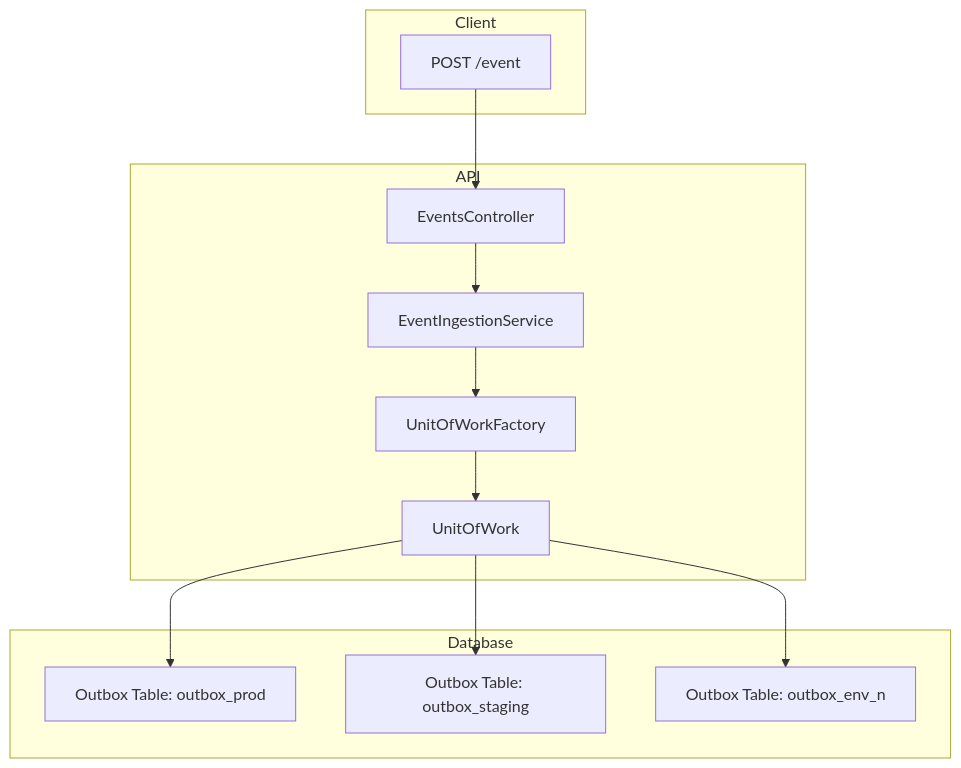
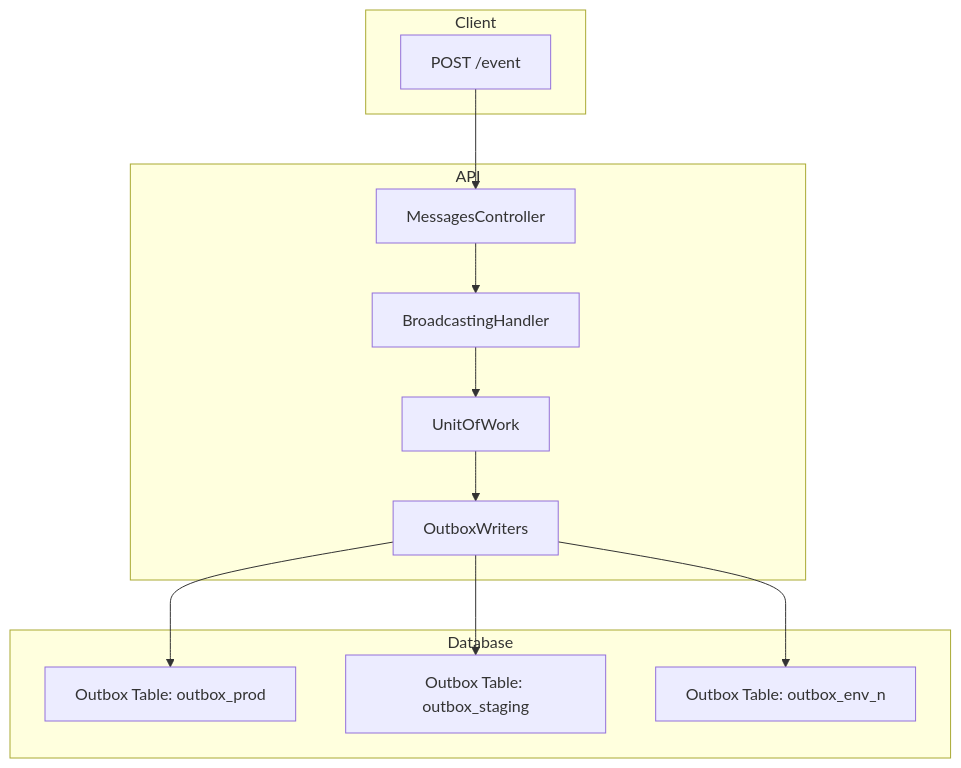
The diagram in README.md (ntulenev/HttpBroadcaster), drawn with Mermaid before and after one commit. The commit also changed other lines of this file, not shown here.

````diff
--- a/README.md
+++ b/README.md
@@ -4,24 +4,24 @@
 ```mermaid
 flowchart TD
     subgraph Client
         A[POST /event]
     end
 
     subgraph API
-        B[EventsController]
-        C[EventIngestionService]
-        D[UnitOfWorkFactory]
-        E[UnitOfWork]
+        B[MessagesController]
+        C[BroadcastingHandler]
+        D[UnitOfWork]
+        E[OutboxWriters]
     end
 
     subgraph Database
         F1[Outbox Table: outbox_prod]
         F2[Outbox Table: outbox_staging]
         F3[Outbox Table: outbox_env_n]
     end
 
     A --> B --> C --> D --> E
     E --> F1
     E --> F2
     E --> F3
 ```
````
